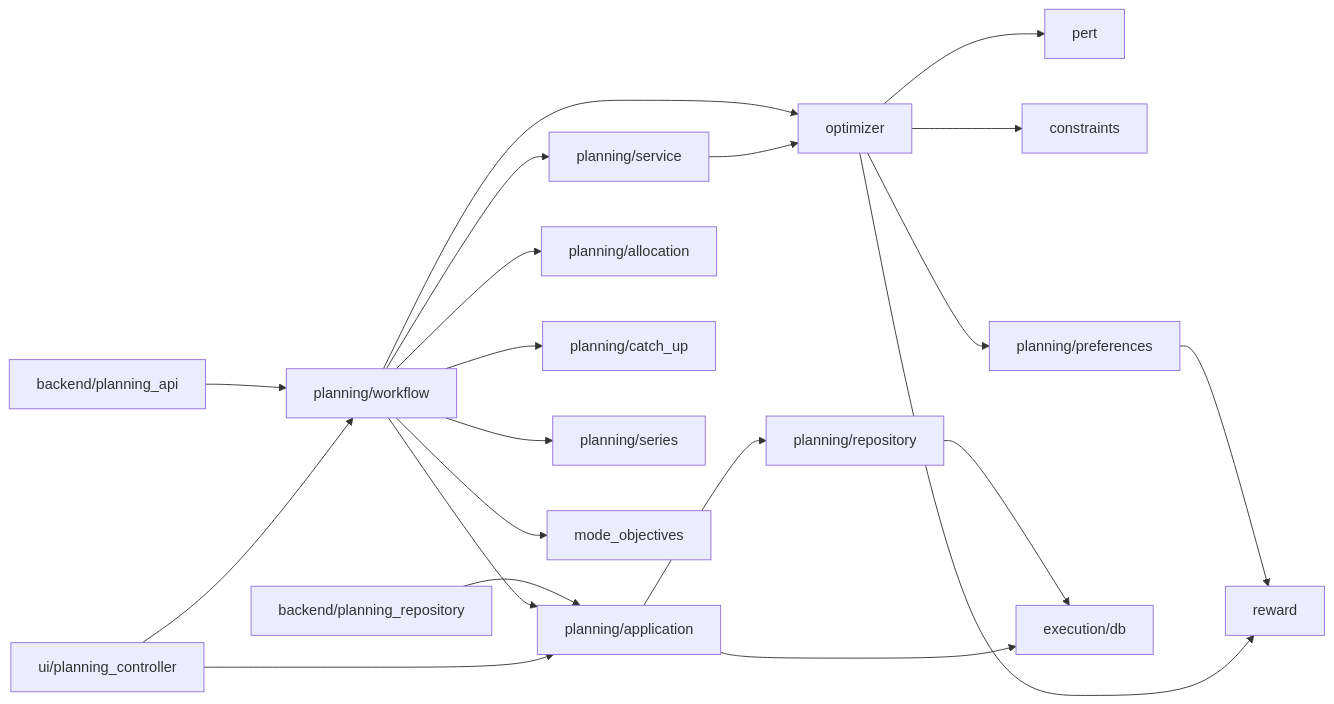
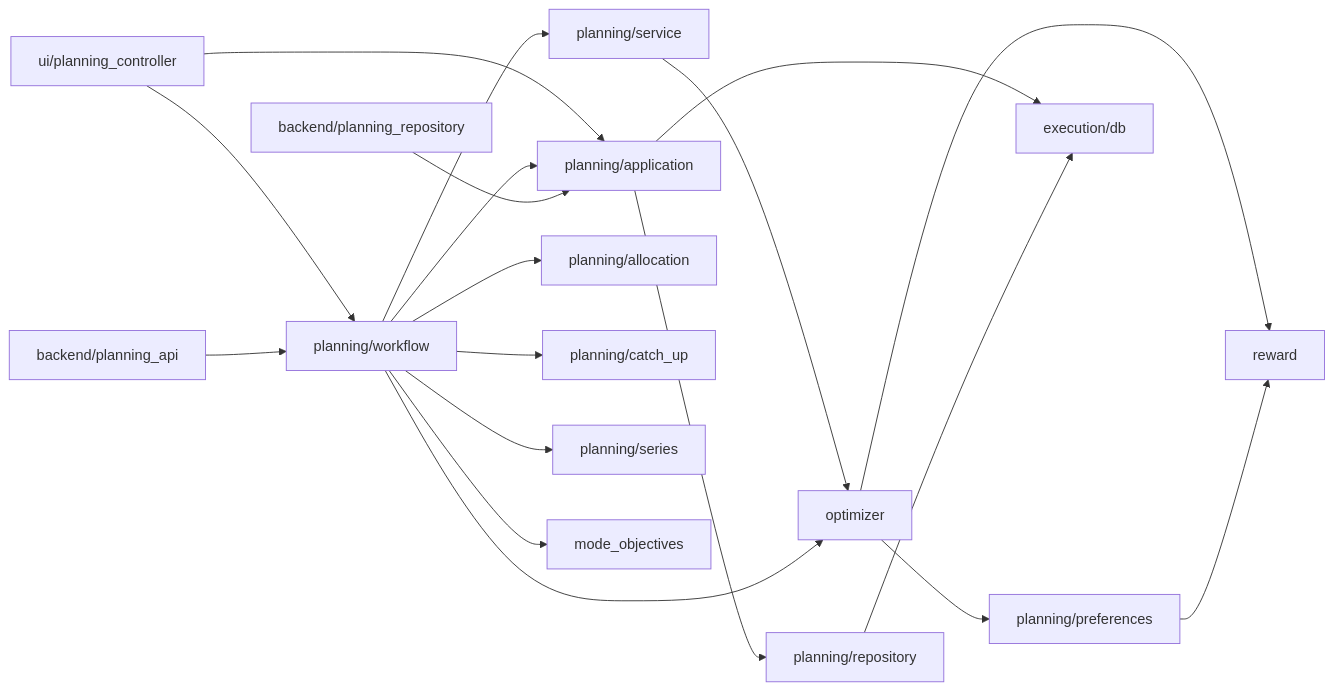
The first of 2 diagrams in CODEBASE_MAP.md (Ramtin-Mandom/Schedule_Maxing), drawn with Mermaid before and after one commit. The commit also changed other lines of this file and 203 other files, not shown here.

````diff
--- a/CODEBASE_MAP.md
+++ b/CODEBASE_MAP.md
@@ -281,23 +273,21 @@
 ```mermaid
 flowchart LR
     PC[ui/planning_controller] --> WF[planning/workflow]
     PC --> APP[planning/application]
     WF --> SVC[planning/service]
     WF --> ALLOC[planning/allocation]
     WF --> APP
     WF --> CU[planning/catch_up]
     WF --> SER[planning/series]
     WF --> MO[mode_objectives]
     SVC --> OPT[optimizer]
     WF --> OPT
     OPT --> REW[reward]
-    OPT --> PERT[pert]
-    OPT --> CON[constraints]
     OPT --> PREF[planning/preferences]
     PREF --> REW
     APP --> REPO[planning/repository]
     APP --> DB[execution/db]
     REPO --> DB
     PAPI[backend/planning_api] --> WF
     SREPO[backend/planning_repository] --> APP
 ```
````
